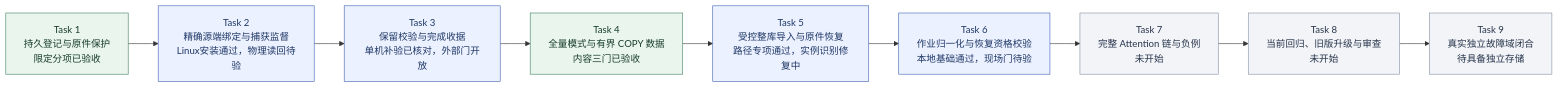
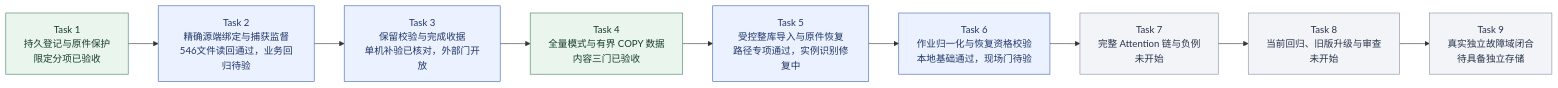
Before and after one commit to MansurnamedZhang/learning-system-p0c4: the second of 9 diagrams in docs/KnowWeave实施路线与系统架构.md, drawn with Mermaid. The commit also changed other lines of this file and 4 other files, not shown here.

````diff
--- a/docs/KnowWeave实施路线与系统架构.md
+++ b/docs/KnowWeave实施路线与系统架构.md
@@ -72,26 +72,26 @@
 ```mermaid
 flowchart LR
     C4T1["Task 1<br/>持久登记与原件保护<br/>限定分项已验收"]
-    C4T2["Task 2<br/>精确源端绑定与捕获监督<br/>Linux安装通过，物理读回待验"]
+    C4T2["Task 2<br/>精确源端绑定与捕获监督<br/>546文件读回通过，业务回归待验"]
     C4T3["Task 3<br/>保留校验与完成收据<br/>单机补验已核对，外部门开放"]
     C4T4["Task 4<br/>全量模式与有界 COPY 数据<br/>内容三门已验收"]
     C4T5["Task 5<br/>受控整库导入与原件恢复<br/>路径专项通过，实例识别修复中"]
     C4T6["Task 6<br/>作业归一化与恢复资格校验<br/>本地基础通过，现场门待验"]
     C4T7["Task 7<br/>完整 Attention 链与负例<br/>未开始"]
     C4T8["Task 8<br/>当前回归、旧版升级与审查<br/>未开始"]
     C4T9["Task 9<br/>真实独立故障域闭合<br/>待具备独立存储"]
     C4T1 --> C4T2
     C4T2 --> C4T3
     C4T3 --> C4T4
     C4T4 --> C4T5
     C4T5 --> C4T6
     C4T6 --> C4T7
     C4T7 --> C4T8
     C4T8 --> C4T9
     class C4T1,C4T4 done
     class C4T2,C4T3,C4T5,C4T6 next
     class C4T7,C4T8,C4T9 planned
     classDef done fill:#eaf5ee,stroke:#438363,color:#173d2b
     classDef next fill:#ebf1ff,stroke:#4365b4,color:#203866
     classDef planned fill:#f2f4f8,stroke:#8591a3,color:#28354b
 ```
````
